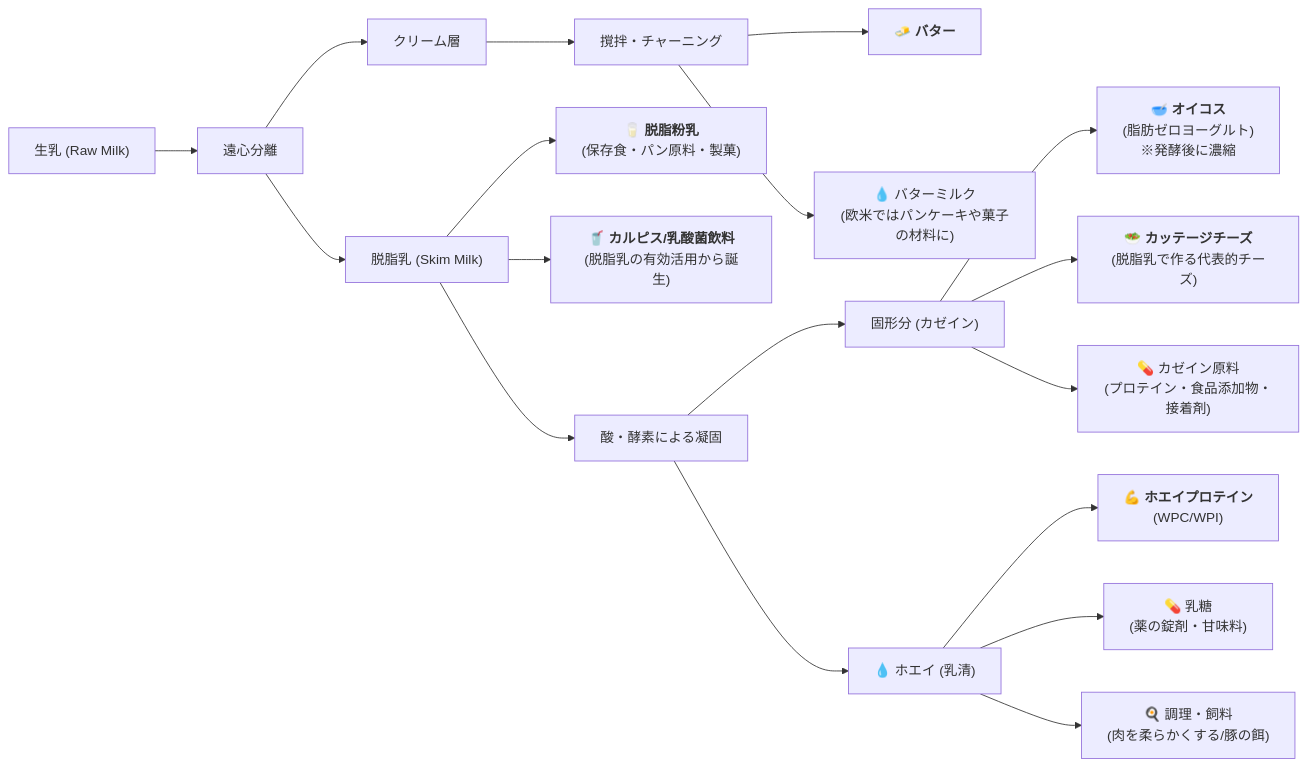
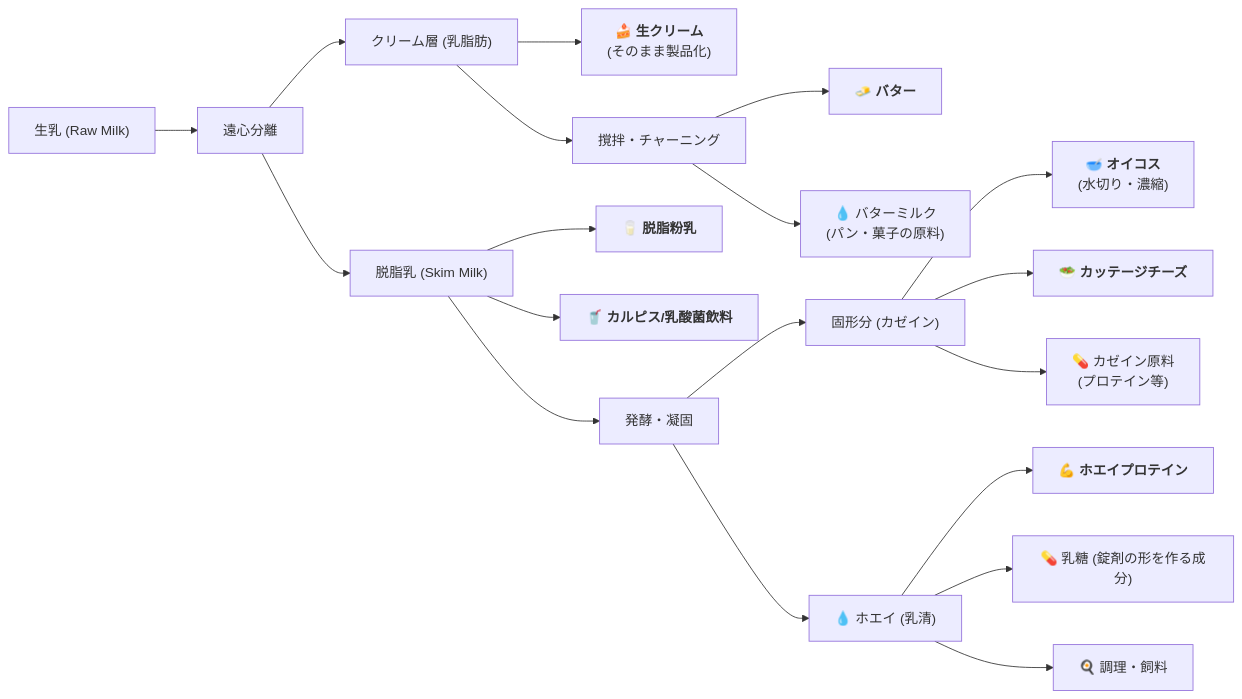
One commit to ussyi-git/- changed the second of 2 diagrams in README.md. Above: the diagram before and after it, drawn with Mermaid.

````diff
--- a/README.md
+++ b/README.md
@@ -27,26 +27,26 @@
 ```mermaid
 graph LR
 Milk["生乳 (Raw Milk)"]-->Separator["遠心分離"]
-%% --- クリーム側の流れ ---
-Separator-->Cream["クリーム層"]
+%% --- 脂肪分（クリーム層）の流れ ---
+Separator-->Cream["クリーム層 (乳脂肪)"]
+Cream-->FreshCream["<b>🍰 生クリーム</b><br>(そのまま製品化)"]
 Cream-->ButterProcess["撹拌・チャーニング"]
 ButterProcess-->Butter["<b>🧈 バター</b>"]
-ButterProcess-->Buttermilk["💧 バターミルク<br>(欧米ではパンケーキや菓子の材料に)"]
-%% --- 脱脂乳側の流れ ---
+ButterProcess-->Buttermilk["💧 バターミルク<br>(パン・菓子の原料)"]
+%% --- 脱脂分（脱脂乳）の流れ ---
 Separator-->SkimMilk["脱脂乳 (Skim Milk)"]
-%% そのまま加工
-SkimMilk-->Powder["<b>🥛 脱脂粉乳</b><br>(保存食・パン原料・製菓)"]
-SkimMilk-->Calpis["<b>🥤 カルピス/乳酸菌飲料</b><br>(脱脂乳の有効活用から誕生)"]
-%% 酸・酵素で凝固させる
-SkimMilk-->Coagulation["酸・酵素による凝固"]
-%% 固形分（カゼイン）の行方
-Coagulation-->Curd["固形分 (カゼイン)"]
-Curd-->Oikos["<b>🥣 オイコス</b><br>(脂肪ゼロヨーグルト)<br>※発酵後に濃縮"]
-Curd-->Cottage["<b>🥗 カッテージチーズ</b><br>(脱脂乳で作る代表的チーズ)"]
-Curd-->IndCasein["💊 カゼイン原料<br>(プロテイン・食品添加物・接着剤)"]
-%% 液体（ホエイ）の行方
-Coagulation-->Whey["💧 ホエイ (乳清)"]
-Whey-->WPC_WPI["<b>💪 ホエイプロテイン</b><br>(WPC/WPI)"]
-Whey-->Lactose["💊 乳糖<br>(薬の錠剤・甘味料)"]
-Whey-->Cooking["🍳 調理・飼料<br>(肉を柔らかくする/豚の餌)"]
+SkimMilk-->Powder["<b>🥛 脱脂粉乳</b>"]
+SkimMilk-->Calpis["<b>🥤 カルピス/乳酸菌飲料</b>"]
+%% 発酵・凝固
+SkimMilk-->Ferment["発酵・凝固"]
+%% 固形分
+Ferment-->Curd["固形分 (カゼイン)"]
+Curd-->Oikos["<b>🥣 オイコス</b><br>(水切り・濃縮)"]
+Curd-->Cottage["<b>🥗 カッテージチーズ</b>"]
+Curd-->IndCasein["💊 カゼイン原料<br>(プロテイン等)"]
+%% 液体
+Ferment-->Whey["💧 ホエイ (乳清)"]
+Whey-->WPC_WPI["<b>💪 ホエイプロテイン</b>"]
+Whey-->Lactose["💊 乳糖 (錠剤の形を作る成分)"]
+Whey-->Cooking["🍳 調理・飼料"]
 ```
````
